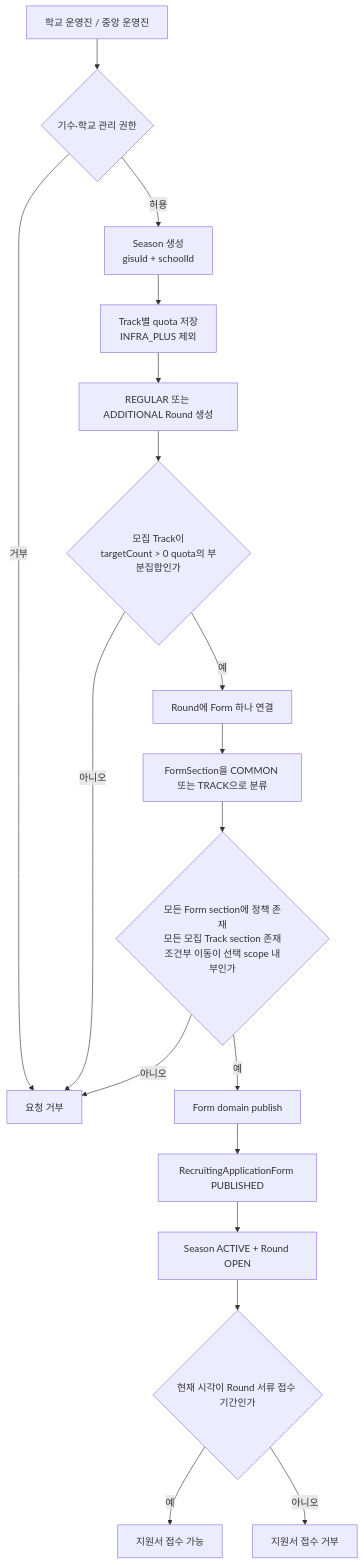
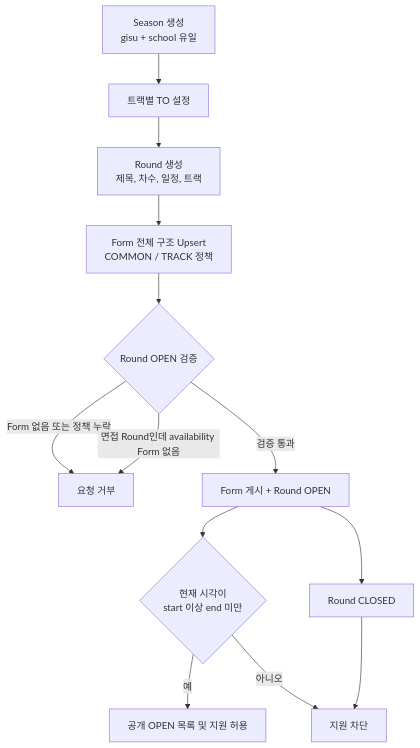
One commit to UMC-PRODUCT/cygnus-server changed the third of 6 diagrams in docs/onboarding/domain/recruiting-diagrams.md. Above: the diagram before and after it, drawn with Mermaid. The commit also changed other lines of this file and 193 other files, not shown here.

````diff
--- a/docs/onboarding/domain/recruiting-diagrams.md
+++ b/docs/onboarding/domain/recruiting-diagrams.md
@@ -159,20 +122,15 @@
 ```mermaid
 flowchart TD
-    Actor["학교 운영진 / 중앙 운영진"] --> Auth{"기수·학교 관리 권한"}
-    Auth -->|"거부"| Denied["요청 거부"]
-    Auth -->|"허용"| Season["Season 생성<br/>gisuId + schoolId"]
-    Season --> Quota["Track별 quota 저장<br/>INFRA_PLUS 제외"]
-    Quota --> Round["REGULAR 또는 ADDITIONAL Round 생성"]
-    Round --> TrackCheck{"모집 Track이<br/>targetCount > 0 quota의 부분집합인가"}
-    TrackCheck -->|"아니오"| Denied
-    TrackCheck -->|"예"| Link["Round에 Form 하나 연결"]
-    Link --> Policy["FormSection을 COMMON 또는 TRACK으로 분류"]
-    Policy --> PublishCheck{"모든 Form section에 정책 존재<br/>모든 모집 Track section 존재<br/>조건부 이동이 선택 scope 내부인가"}
-    PublishCheck -->|"아니오"| Denied
-    PublishCheck -->|"예"| PublishForm["Form domain publish"]
-    PublishForm --> PublishRecruiting["RecruitingApplicationForm PUBLISHED"]
-    PublishRecruiting --> Open["Season ACTIVE + Round OPEN"]
-    Open --> Gate{"현재 시각이 Round 서류 접수 기간인가"}
-    Gate -->|"예"| Accept["지원서 접수 가능"]
-    Gate -->|"아니오"| Closed["지원서 접수 거부"]
+    A["Season 생성<br/>gisu + school 유일"] --> B["트랙별 TO 설정"]
+    B --> C["Round 생성<br/>제목, 차수, 일정, 트랙"]
+    C --> D["Form 전체 구조 Upsert<br/>COMMON / TRACK 정책"]
+    D --> E{"Round OPEN 검증"}
+    E -->|"Form 없음 또는 정책 누락"| X["요청 거부"]
+    E -->|"면접 Round인데 availability Form 없음"| X
+    E -->|"검증 통과"| F["Form 게시 + Round OPEN"]
+    F --> G{"현재 시각이<br/>start 이상 end 미만"}
+    G -->|"예"| H["공개 OPEN 목록 및 지원 허용"]
+    G -->|"아니오"| I["지원 차단"]
+    F --> J["Round CLOSED"]
+    J --> I
 ```
````
